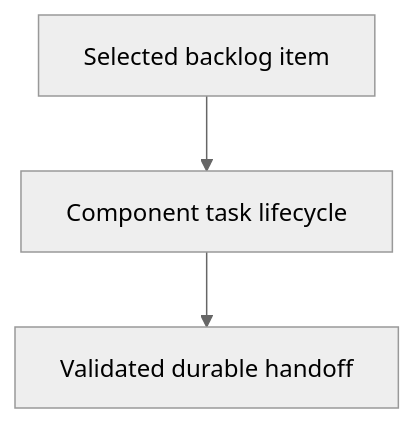
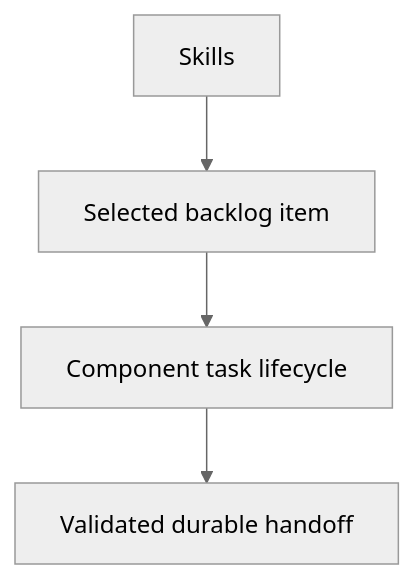
Before and after one commit to abstract-business-systems/as-is: the diagram in skills/implementing-component-tasks/as-is.md, drawn with Mermaid (neutral theme). The commit also changed other lines of this file and 16 other files, not shown here.

Commit message:
docs(skills): add parent navigation to component records

````diff
--- a/skills/implementing-component-tasks/as-is.md
+++ b/skills/implementing-component-tasks/as-is.md
@@ -13,5 +15,7 @@
 ```mermaid
 flowchart TD
-    A["Selected backlog item"] --> B["Component task lifecycle"]
+    Parent["Skills"] --> A["Selected backlog item"] --> B["Component task lifecycle"]
     B --> C["Validated durable handoff"]
+
+    click Parent href "../as-is.md#design" "Open Skills design"
 ```
````
